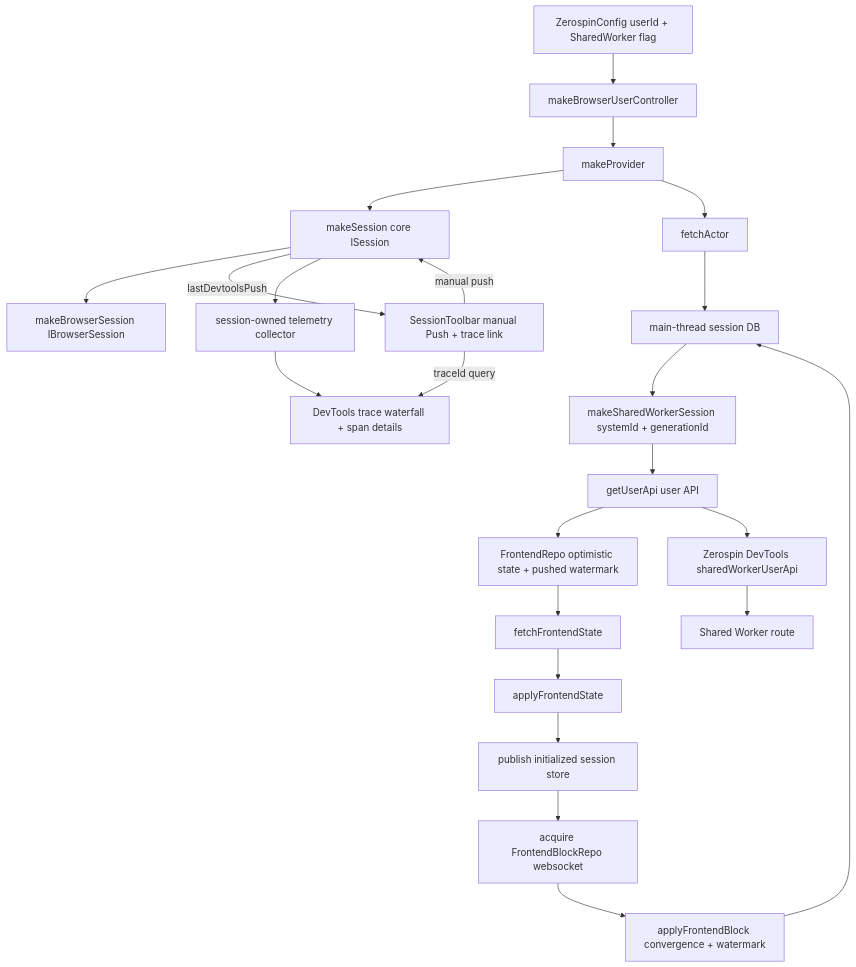
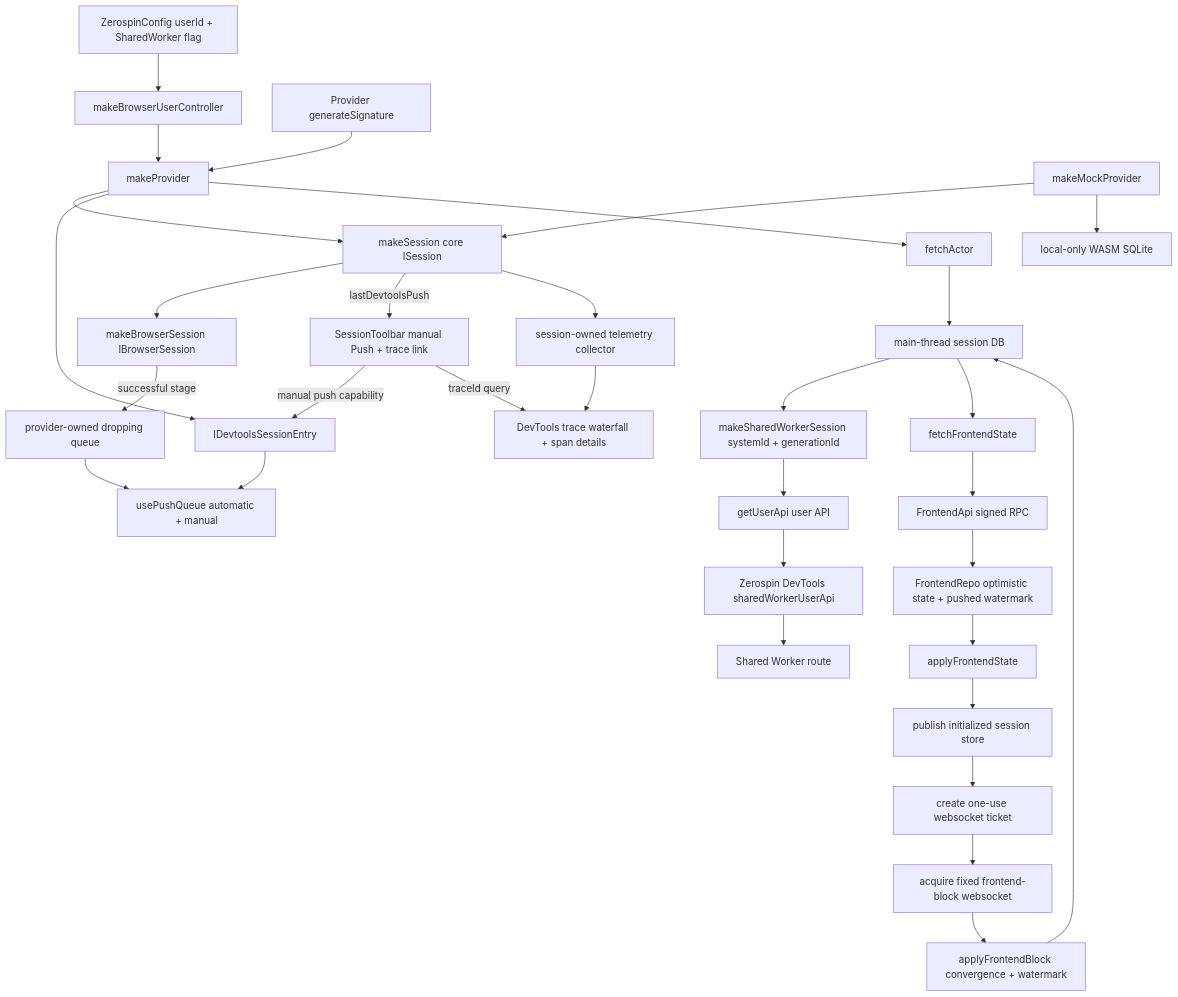
One commit to morgs32/qrk.sh changed the first of 2 diagrams in wiki/architecture/bootstrapBrowserSession.md. Above: the diagram before and after it, drawn with Mermaid. The commit also changed other lines of this file and 148 other files, not shown here.

````diff
--- a/wiki/architecture/bootstrapBrowserSession.md
+++ b/wiki/architecture/bootstrapBrowserSession.md
@@ -138,32 +166,46 @@
 ```mermaid
 flowchart TD
   config[ZerospinConfig userId + SharedWorker flag]
   controller[makeBrowserUserController]
   provider[makeProvider]
+  signature[Provider generateSignature]
   core[makeSession core ISession]
   browser[makeBrowserSession IBrowserSession]
+  pushQueue[provider-owned dropping queue]
+  pushBoundary[usePushQueue automatic + manual]
+  devtoolsEntry[IDevtoolsSessionEntry]
   db[main-thread session DB]
   actor[fetchActor]
   sharedRoot[makeSharedWorkerSession systemId + generationId]
   userApi[getUserApi user API]
   devtoolsStore[Zerospin DevTools sharedWorkerUserApi]
   sharedStatus[Shared Worker route]
   frontendRepo[FrontendRepo optimistic state + pushed watermark]
+  frontendApi[FrontendApi signed RPC]
   fetch[fetchFrontendState]
   applyLocal[applyFrontendState]
   store[publish initialized session store]
   telemetry[session-owned telemetry collector]
   toolbar[SessionToolbar manual Push + trace link]
   logs[DevTools trace waterfall + span details]
-  websocket[acquire FrontendBlockRepo websocket]
+  ticket[create one-use websocket ticket]
+  websocket[acquire fixed frontend-block websocket]
   liveApply[applyFrontendBlock convergence + watermark]
+  mockProvider[makeMockProvider]
+  mockDb[local-only WASM SQLite]
 
-  config --> controller --> provider --> core --> browser
-  toolbar -->|manual push| core
+  config --> controller --> provider
+  signature --> provider --> core --> browser
+  browser -->|successful stage| pushQueue --> pushBoundary
+  provider --> devtoolsEntry
+  toolbar -->|manual push capability| devtoolsEntry --> pushBoundary
   core -->|lastDevtoolsPush| toolbar
   core --> telemetry --> logs
   toolbar -->|traceId query| logs
-  provider --> actor --> db --> sharedRoot --> userApi --> frontendRepo --> fetch --> applyLocal --> store
+  provider --> actor --> db --> sharedRoot --> userApi
+  db --> fetch --> frontendApi --> frontendRepo --> applyLocal --> store
   userApi --> devtoolsStore --> sharedStatus
-  store --> websocket --> liveApply --> db
+  store --> ticket --> websocket --> liveApply --> db
+  mockProvider --> core
+  mockProvider --> mockDb
 ```
````
